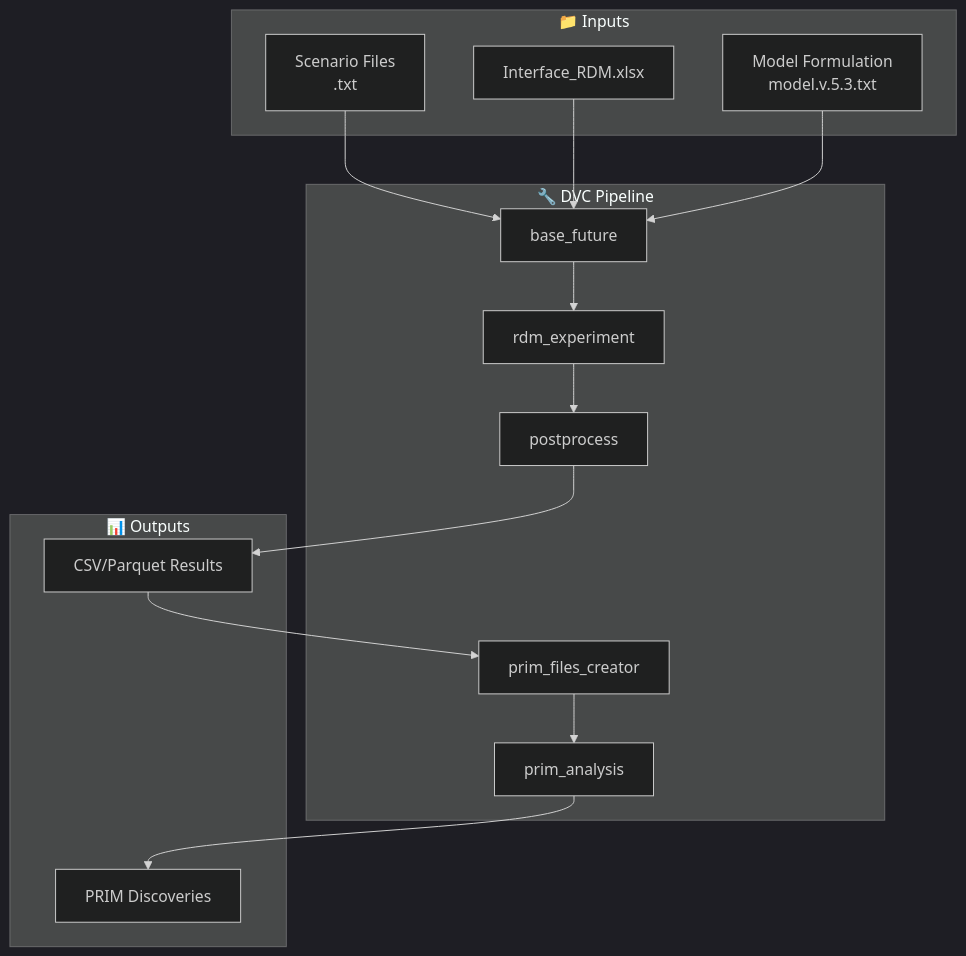
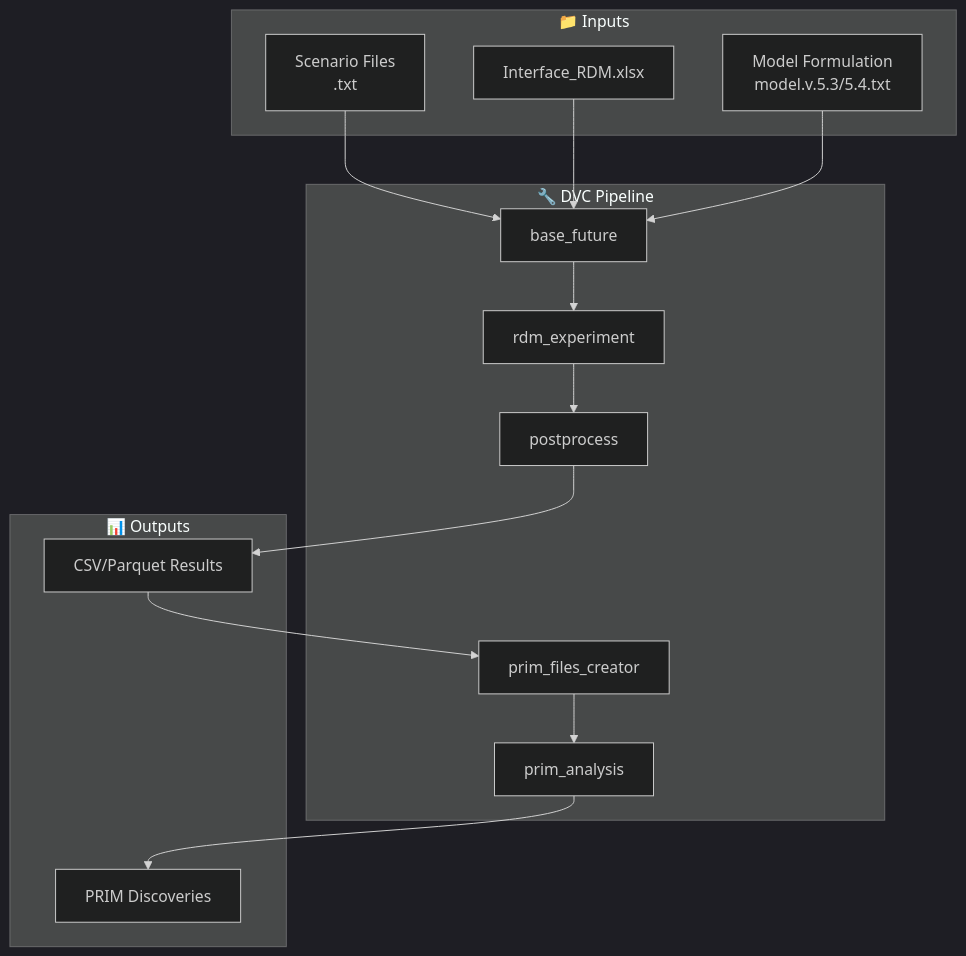
The diagram in docs/user-guide/workflow-overview.md (jeenogeorge/osemosys-rdm), drawn with Mermaid (dark theme) before and after one commit. The commit also changed other lines of this file and 8 other files, not shown here.

````diff
--- a/docs/user-guide/workflow-overview.md
+++ b/docs/user-guide/workflow-overview.md
@@ -17,31 +17,31 @@
 ```{mermaid}
 flowchart TB
     subgraph Input["📁 Inputs"]
         A[Scenario Files<br/>.txt] 
         B[Interface_RDM.xlsx]
-        C[Model Formulation<br/>model.v.5.3.txt]
+        C[Model Formulation<br/>model.v.5.3/5.4.txt]
     end
     
     subgraph Pipeline["🔧 DVC Pipeline"]
         D[base_future]
         E[rdm_experiment]
         F[postprocess]
         G[prim_files_creator]
         H[prim_analysis]
     end
     
     subgraph Output["📊 Outputs"]
         I[CSV/Parquet Results]
         J[PRIM Discoveries]
     end
     
     A --> D
     B --> D
     C --> D
     D --> E
     E --> F
     F --> I
     I --> G
     G --> H
     H --> J
 ```
````
